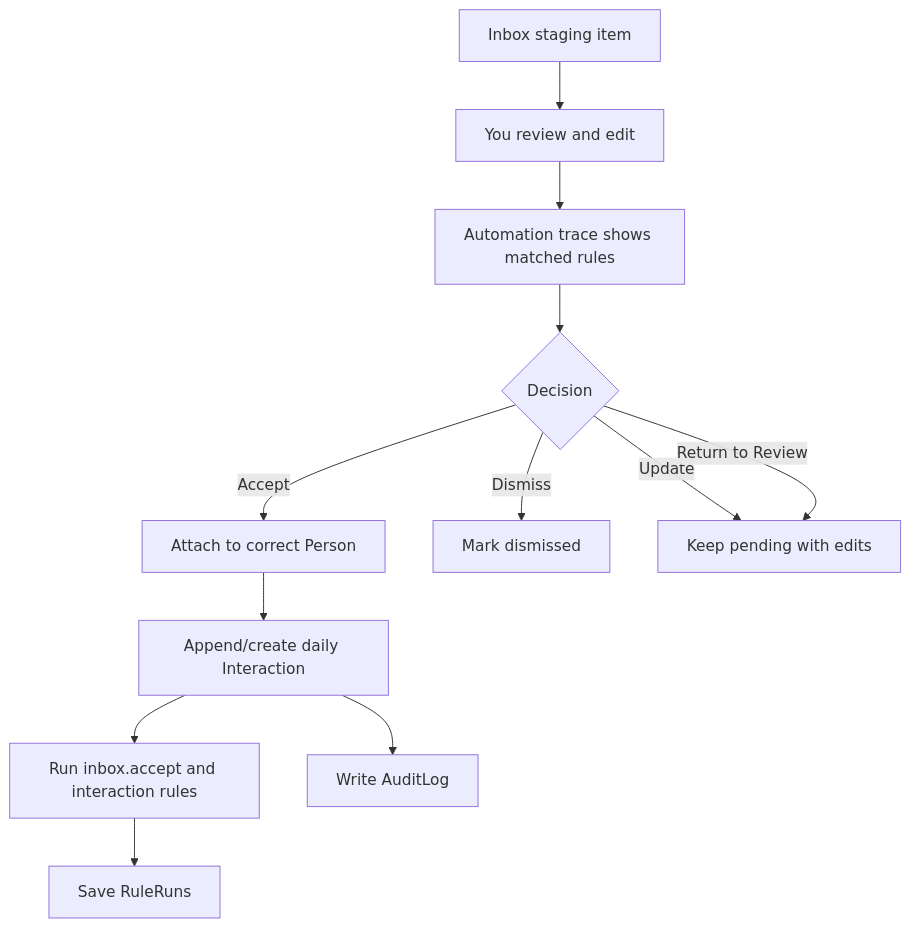
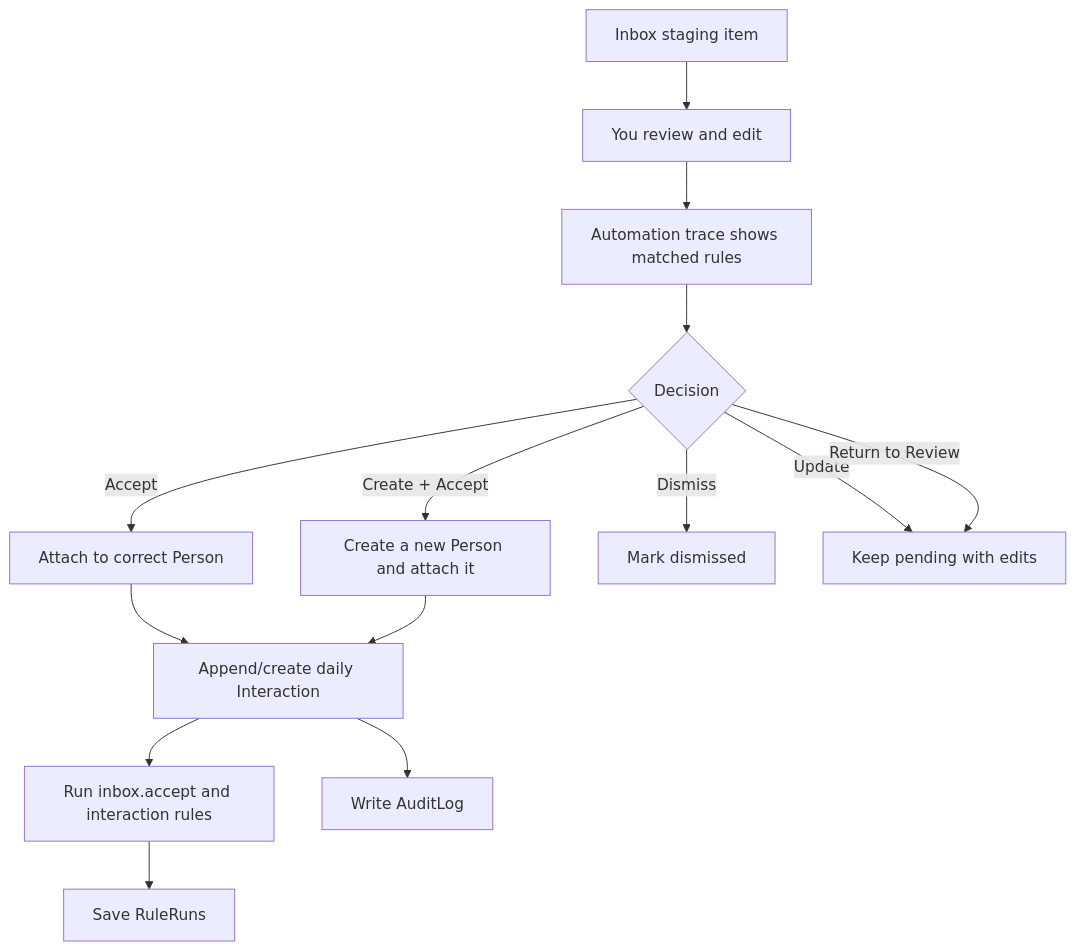
Before and after one commit to josephdfryer/life-os: the sixth of 15 diagrams in docs/PERSONS_ARCHITECTURE.md, drawn with Mermaid. The commit also changed other lines of this file and 39 other files, not shown here.

````diff
--- a/docs/PERSONS_ARCHITECTURE.md
+++ b/docs/PERSONS_ARCHITECTURE.md
@@ -171,15 +171,17 @@
 ```mermaid
 flowchart TD
   Inbox["Inbox staging item"] --> Review["You review and edit"]
   Review --> Trace["Automation trace shows matched rules"]
   Trace --> Choice{"Decision"}
   Choice -->|Accept| Person["Attach to correct Person"]
+  Choice -->|Create + Accept| NewPerson["Create a new Person and attach it"]
   Choice -->|Dismiss| Dismissed["Mark dismissed"]
   Choice -->|Update| Pending["Keep pending with edits"]
   Choice -->|Return to Review| Pending
 
   Person --> DailyInteraction["Append/create daily Interaction"]
+  NewPerson --> DailyInteraction
   DailyInteraction --> Rules["Run inbox.accept and interaction rules"]
   Rules --> RuleRuns["Save RuleRuns"]
   DailyInteraction --> Audit["Write AuditLog"]
 ```
````
